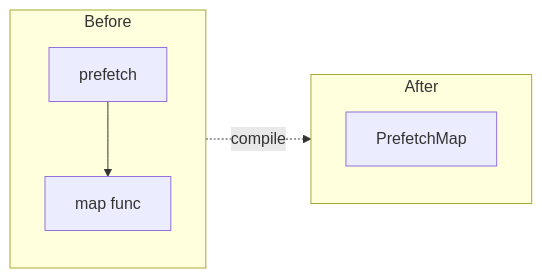
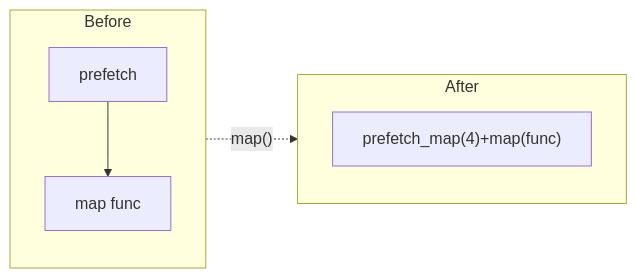
The fifth of 9 diagrams in docs/features/concurrency.md (IsaacTay/akayu), drawn with Mermaid before and after one commit. The commit also changed other lines of this file and 19 other files, not shown here.

````diff
--- a/docs/features/concurrency.md
+++ b/docs/features/concurrency.md
@@ -188,12 +208,12 @@
 ```mermaid
 flowchart LR
     subgraph before [Before]
         A[prefetch]:::process --> B[map func]:::process
     end
 
     subgraph after [After]
-        C[PrefetchMap]:::process
+        C["prefetch_map(4)+map(func)"]:::process
     end
 
-    before -.->|compile| after
+    before -.->|"map()"| after
 ```
````
